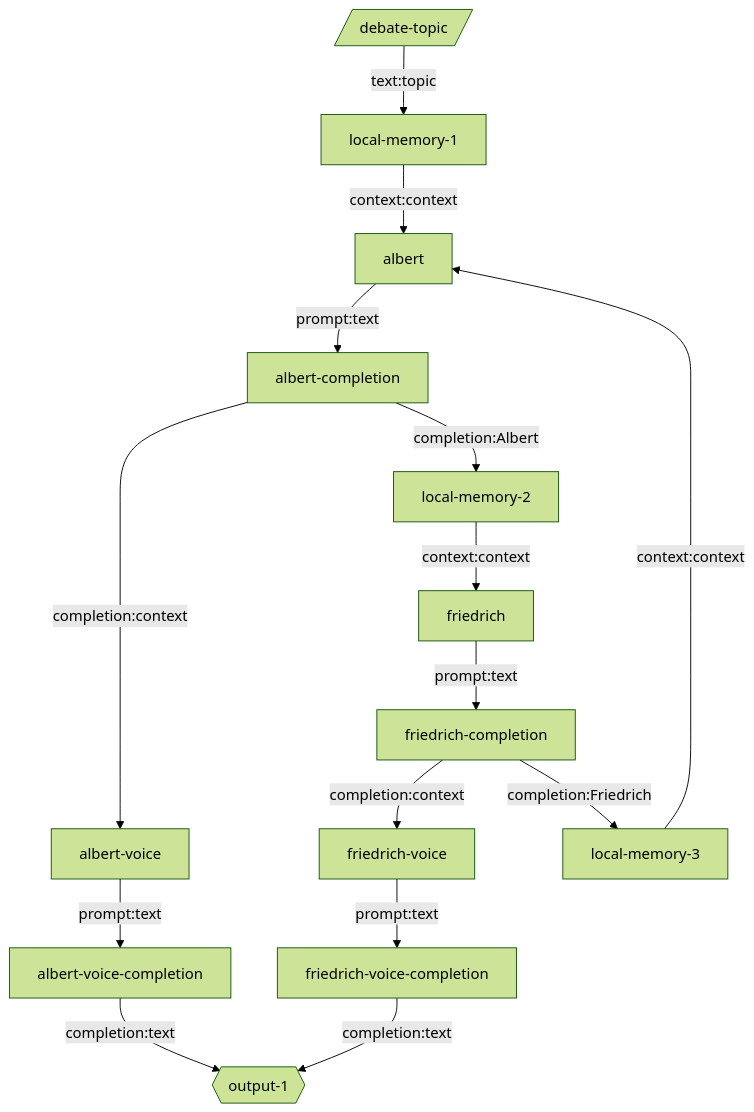
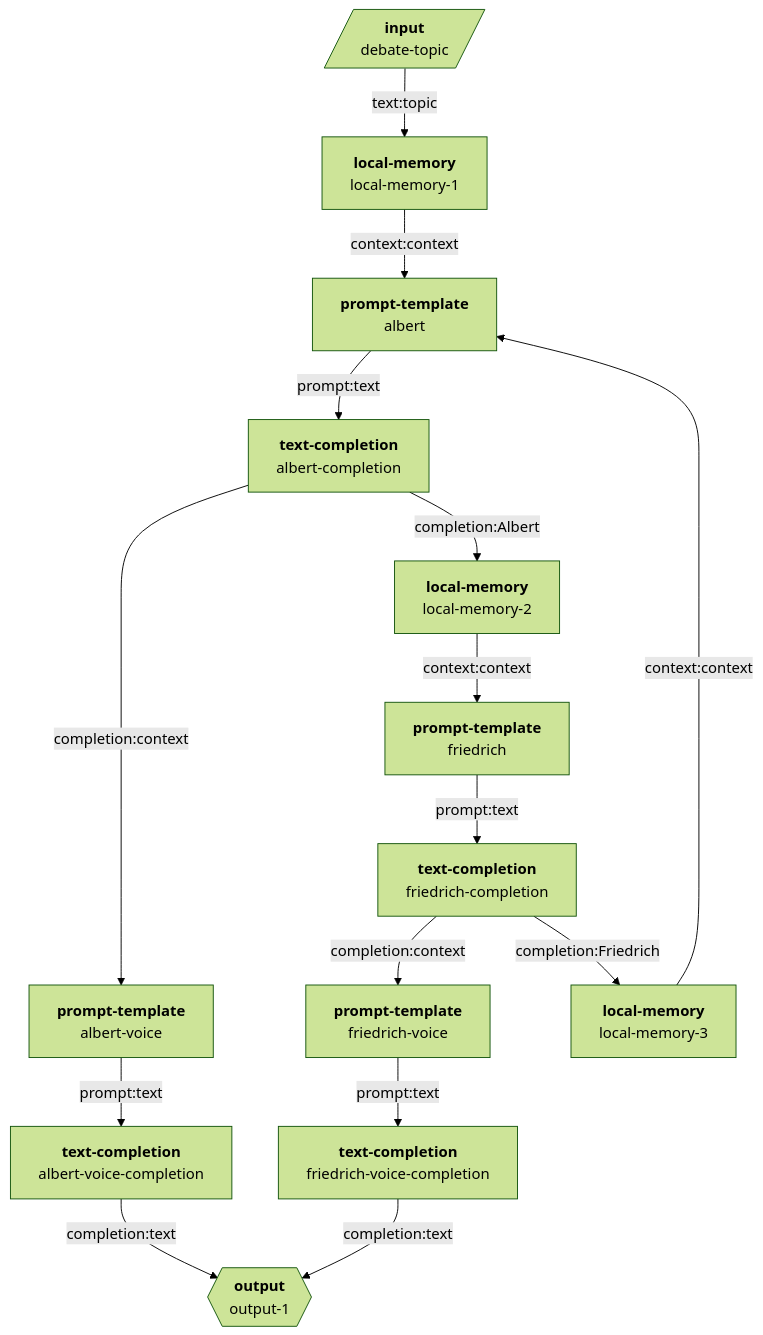
Before and after one commit to breadboard-ai/breadboard: the diagram in seeds/graph-playground/docs/graphs/endless-debate-with-voice.md, drawn with Mermaid (forest theme). The commit also changed 11 other files, not shown here.

Commit message:
[graph-playground] Show node types.

````diff
--- a/seeds/graph-playground/docs/graphs/endless-debate-with-voice.md
+++ b/seeds/graph-playground/docs/graphs/endless-debate-with-voice.md
@@ -4,17 +4,45 @@
 ```mermaid
 graph TD;
-debate-topic[/debate-topic/] -- text:topic --> local-memory-1
-local-memory-1 -- context:context --> albert
-albert -- prompt:text --> albert-completion
-albert-completion -- completion:context --> albert-voice
-albert-voice -- prompt:text --> albert-voice-completion
-albert-voice-completion -- completion:text --> output-1{{output-1}}
-albert-completion -- completion:Albert --> local-memory-2
-local-memory-2 -- context:context --> friedrich
-friedrich -- prompt:text --> friedrich-completion
-friedrich-completion -- completion:context --> friedrich-voice
-friedrich-voice -- prompt:text --> friedrich-voice-completion
-friedrich-voice-completion -- completion:text --> output-1{{output-1}}
-friedrich-completion -- completion:Friedrich --> local-memory-3
-local-memory-3 -- context:context --> albert
+debate-topic[/"`**input**
+debate-topic`"/]:::input -- text:topic --> local-memory-1["`**local-memory**
+local-memory-1`"]
+local-memory-1["`**local-memory**
+local-memory-1`"] -- context:context --> albert["`**prompt-template**
+albert`"]
+albert["`**prompt-template**
+albert`"] -- prompt:text --> albert-completion["`**text-completion**
+albert-completion`"]
+albert-completion["`**text-completion**
+albert-completion`"] -- completion:context --> albert-voice["`**prompt-template**
+albert-voice`"]
+albert-voice["`**prompt-template**
+albert-voice`"] -- prompt:text --> albert-voice-completion["`**text-completion**
+albert-voice-completion`"]
+albert-voice-completion["`**text-completion**
+albert-voice-completion`"] -- completion:text --> output-1{{"`**output**
+output-1`"}}:::output
+albert-completion["`**text-completion**
+albert-completion`"] -- completion:Albert --> local-memory-2["`**local-memory**
+local-memory-2`"]
+local-memory-2["`**local-memory**
+local-memory-2`"] -- context:context --> friedrich["`**prompt-template**
+friedrich`"]
+friedrich["`**prompt-template**
+friedrich`"] -- prompt:text --> friedrich-completion["`**text-completion**
+friedrich-completion`"]
+friedrich-completion["`**text-completion**
+friedrich-completion`"] -- completion:context --> friedrich-voice["`**prompt-template**
+friedrich-voice`"]
+friedrich-voice["`**prompt-template**
+friedrich-voice`"] -- prompt:text --> friedrich-voice-completion["`**text-completion**
+friedrich-voice-completion`"]
+friedrich-voice-completion["`**text-completion**
+friedrich-voice-completion`"] -- completion:text --> output-1{{"`**output**
+output-1`"}}:::output
+friedrich-completion["`**text-completion**
+friedrich-completion`"] -- completion:Friedrich --> local-memory-3["`**local-memory**
+local-memory-3`"]
+local-memory-3["`**local-memory**
+local-memory-3`"] -- context:context --> albert["`**prompt-template**
+albert`"]
 ```
````
